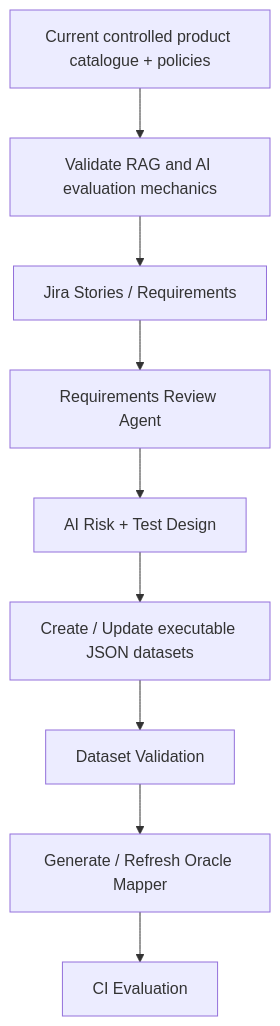
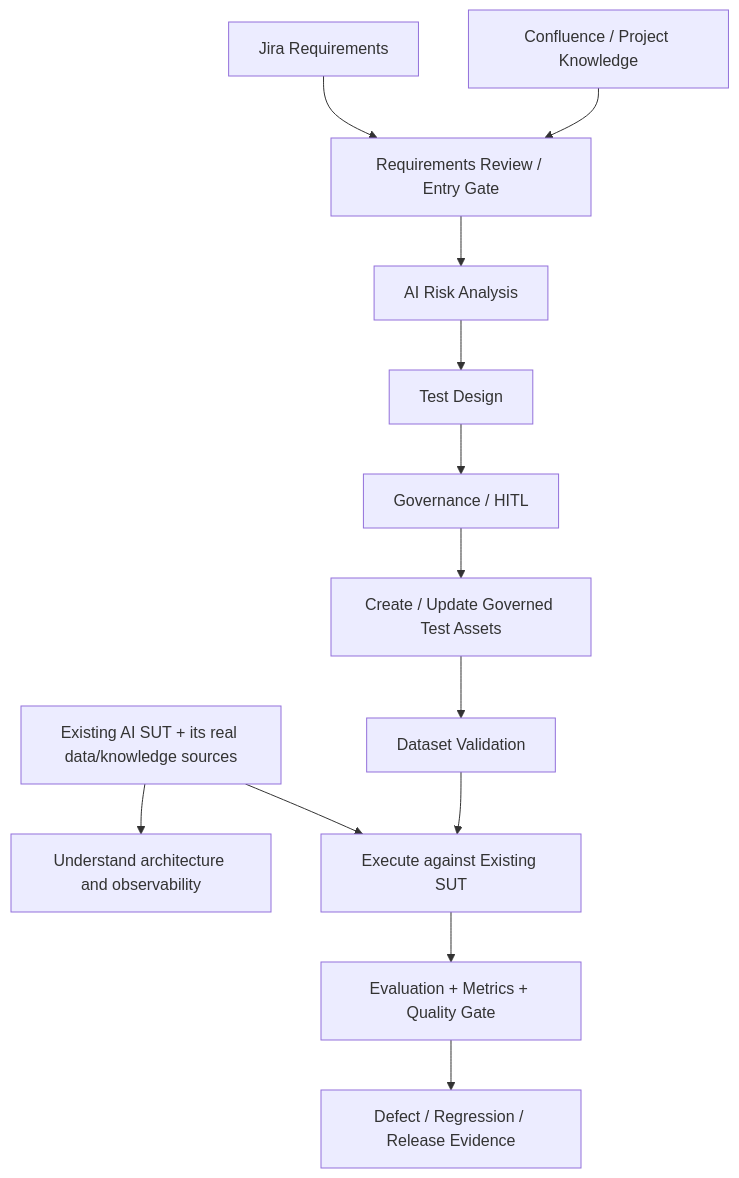
Before and after one commit to oleksandrserhieiev-beep/ai-qe-lab: the diagram in docs/dataset_lifecycle_evolution.md, drawn with Mermaid. The commit also changed other lines of this file, not shown here.

Commit message:
Separate SUT knowledge from QE governance inputs

````diff
--- a/docs/dataset_lifecycle_evolution.md
+++ b/docs/dataset_lifecycle_evolution.md
@@ -21,11 +33,15 @@
 ```mermaid
 flowchart TD
-    A[Current controlled product catalogue + policies] --> B[Validate RAG and AI evaluation mechanics]
-    B --> C[Jira Stories / Requirements]
-    C --> D[Requirements Review Agent]
-    D --> E[AI Risk + Test Design]
-    E --> F[Create / Update executable JSON datasets]
-    F --> V[Dataset Validation]
-    V --> M[Generate / Refresh Oracle Mapper]
-    M --> CI[CI Evaluation]
+    S[Existing AI SUT + its real data/knowledge sources] --> A[Understand architecture and observability]
+    J[Jira Requirements] --> R[Requirements Review / Entry Gate]
+    C[Confluence / Project Knowledge] --> R
+    R --> K[AI Risk Analysis]
+    K --> T[Test Design]
+    T --> H[Governance / HITL]
+    H --> D[Create / Update Governed Test Assets]
+    D --> V[Dataset Validation]
+    V --> E[Execute against Existing SUT]
+    S --> E
+    E --> Q[Evaluation + Metrics + Quality Gate]
+    Q --> X[Defect / Regression / Release Evidence]
 ```
````
